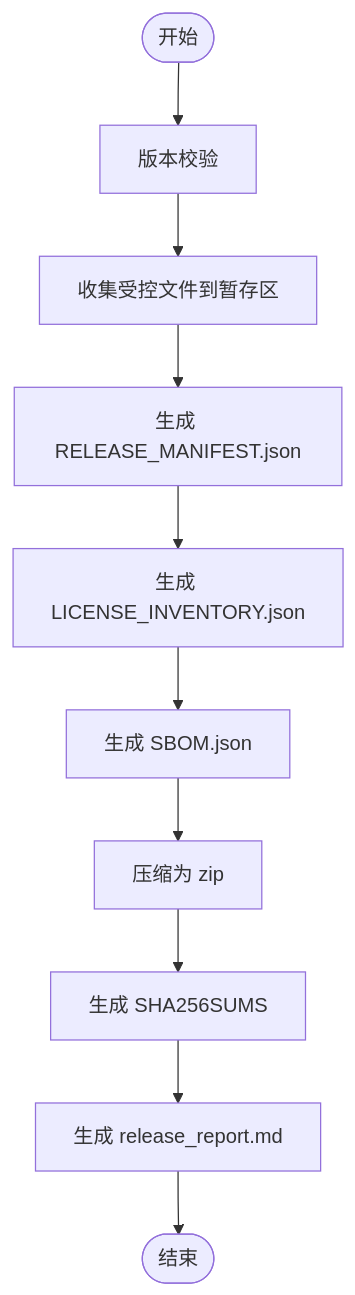
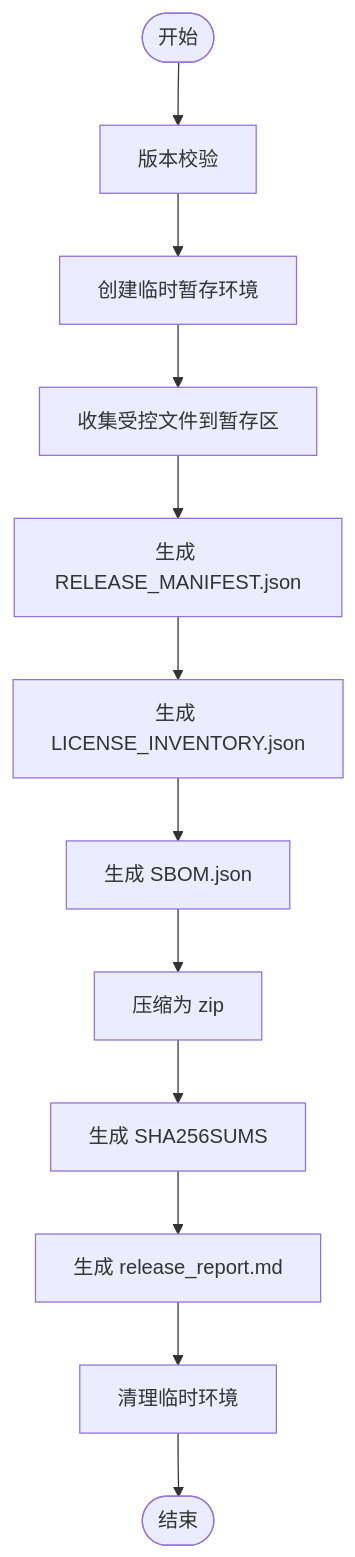
The fifth of 8 diagrams in .qoder/repowiki/zh/content/开发指南/构建和发布.md (haolange/RDC-Tool), drawn with Mermaid before and after one commit. The commit also changed other lines of this file and 53 other files, not shown here.

````diff
--- a/.qoder/repowiki/zh/content/开发指南/构建和发布.md
+++ b/.qoder/repowiki/zh/content/开发指南/构建和发布.md
@@ -280,12 +289,14 @@
 ```mermaid
 flowchart TD
 S(["开始"]) --> V["版本校验"]
-V --> T["收集受控文件到暂存区"]
-T --> M["生成 RELEASE_MANIFEST.json"]
+V --> T["创建临时暂存环境"]
+T --> C["收集受控文件到暂存区"]
+C --> M["生成 RELEASE_MANIFEST.json"]
 M --> L["生成 LICENSE_INVENTORY.json"]
 L --> B["生成 SBOM.json"]
 B --> Z["压缩为 zip"]
-Z --> C["生成 SHA256SUMS"]
-C --> R["生成 release_report.md"]
-R --> E(["结束"])
+Z --> Ck["生成 SHA256SUMS"]
+Ck --> R["生成 release_report.md"]
+R --> Cl["清理临时环境"]
+Cl --> E(["结束"])
 ```
````
